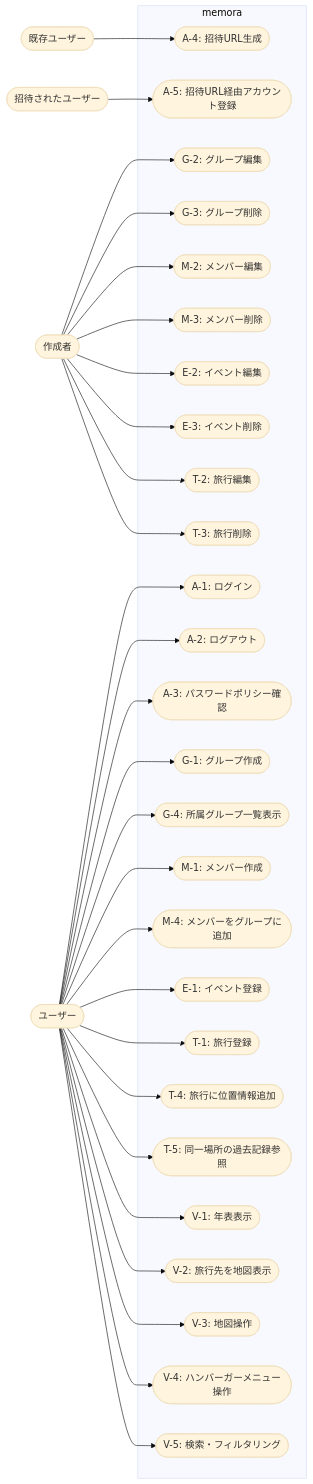
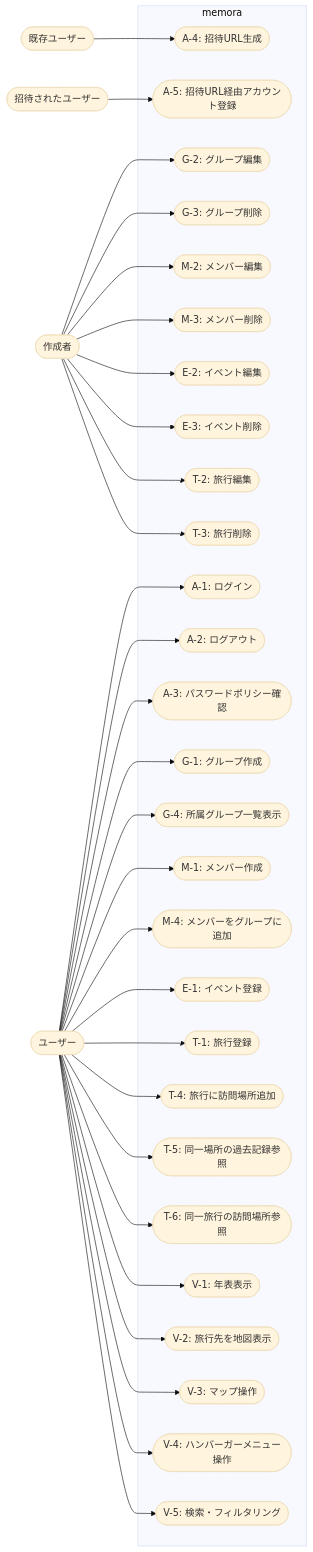
One commit to taka-016/memora changed the diagram in doc/usecase_diagram.md. Above: the diagram before and after it, drawn with Mermaid (base theme). The commit also changed other lines of this file and 1 other file, not shown here.

Commit message:
ユーザーストーリー更新

````diff
--- a/doc/usecase_diagram.md
+++ b/doc/usecase_diagram.md
@@ -65,79 +66,81 @@
 ```mermaid
 graph LR
     %% アクター定義
     User([ユーザー])
     Creator([作成者])
     InvitedUser([招待されたユーザー])
     ExistingUser([既存ユーザー])
     
     %% システム境界
     subgraph "memora"
         %% 認証・セキュリティ系
         A1([A-1: ログイン])
         A2([A-2: ログアウト])
         A3([A-3: パスワードポリシー確認])
         A4([A-4: 招待URL生成])
         A5([A-5: 招待URL経由アカウント登録])
         
         %% 基本データ管理系 - グループ管理
         G1([G-1: グループ作成])
         G2([G-2: グループ編集])
         G3([G-3: グループ削除])
         G4([G-4: 所属グループ一覧表示])
         
         %% 基本データ管理系 - メンバー管理
         M1([M-1: メンバー作成])
         M2([M-2: メンバー編集])
         M3([M-3: メンバー削除])
         M4([M-4: メンバーをグループに追加])
         
         %% イベント管理系
         E1([E-1: イベント登録])
         E2([E-2: イベント編集])
         E3([E-3: イベント削除])
         
         %% 旅行管理系
         T1([T-1: 旅行登録])
         T2([T-2: 旅行編集])
         T3([T-3: 旅行削除])
-        T4([T-4: 旅行に位置情報追加])
+        T4([T-4: 旅行に訪問場所追加])
         T5([T-5: 同一場所の過去記録参照])
+        T6([T-6: 同一旅行の訪問場所参照])
         
         %% 表示・UI系
         V1([V-1: 年表表示])
         V2([V-2: 旅行先を地図表示])
-        V3([V-3: 地図操作])
+        V3([V-3: マップ操作])
         V4([V-4: ハンバーガーメニュー操作])
         V5([V-5: 検索・フィルタリング])
     end
     
     %% アクターとユースケースの関係
     User --> A1
     User --> A2
     User --> A3
     User --> G1
     User --> G4
     User --> M1
     User --> M4
     User --> E1
     User --> T1
     User --> T4
     User --> T5
+    User --> T6
     User --> V1
     User --> V2
     User --> V3
     User --> V4
     User --> V5
     
     Creator --> G2
     Creator --> G3
     Creator --> M2
     Creator --> M3
     Creator --> E2
     Creator --> E3
     Creator --> T2
     Creator --> T3
     
     ExistingUser --> A4
     InvitedUser --> A5
 ```
````
